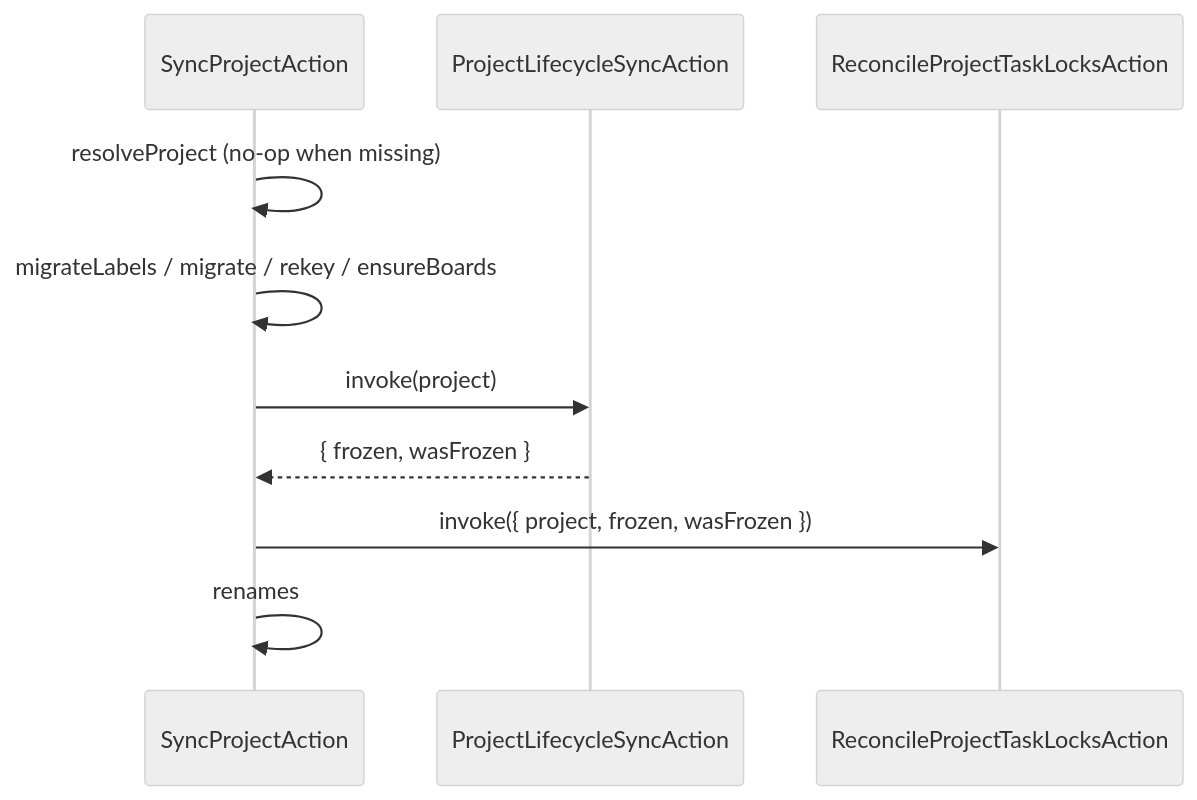
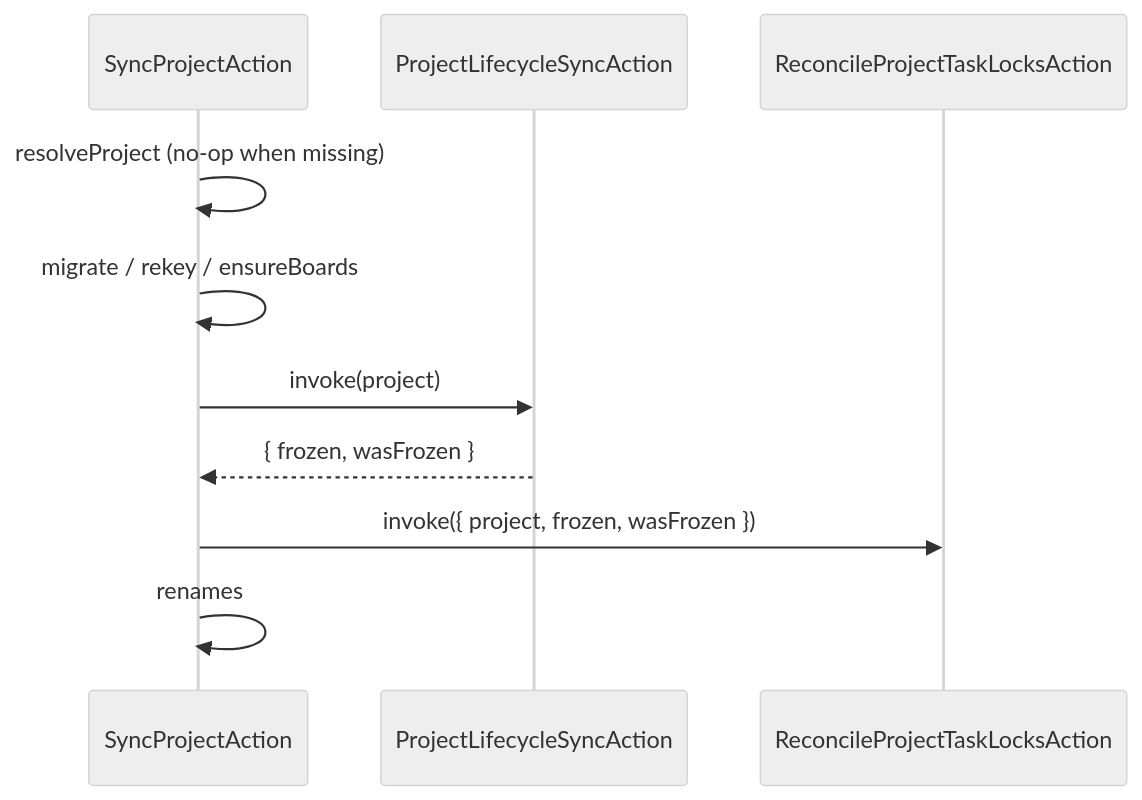
The second of 17 diagrams in docs/developer-manual.md (99linesofcode/obsidian-project-management), drawn with Mermaid (neutral theme) before and after one commit. The commit also changed other lines of this file and 7 other files, not shown here.

````diff
--- a/docs/developer-manual.md
+++ b/docs/developer-manual.md
@@ -210,13 +210,13 @@
 ```mermaid
 sequenceDiagram
   participant SP as SyncProjectAction
   participant Life as ProjectLifecycleSyncAction
   participant Lock as ReconcileProjectTaskLocksAction
 
   SP->>SP: resolveProject (no-op when missing)
-  SP->>SP: migrateLabels / migrate / rekey / ensureBoards
+  SP->>SP: migrate / rekey / ensureBoards
   SP->>Life: invoke(project)
   Life-->>SP: { frozen, wasFrozen }
   SP->>Lock: invoke({ project, frozen, wasFrozen })
   SP->>SP: renames
 ```
````
